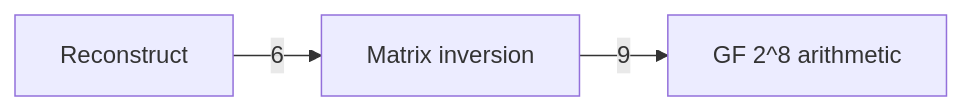
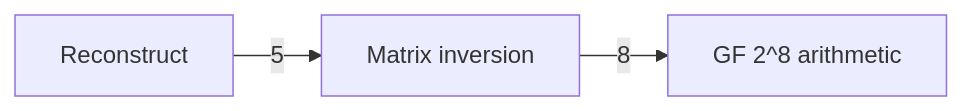
Before and after one commit to nickstrad/decentralized-object-store: the diagram in docs/c4/diagrams/05-component-erasure-c.mmd, drawn with Mermaid. The commit also changed 14 other files, not shown here.

```diff
--- a/docs/c4/diagrams/05-component-erasure-c.mmd
+++ b/docs/c4/diagrams/05-component-erasure-c.mmd
@@ -1,4 +1,4 @@
 %% draw-visual: -x 4 -y 1 -p 0
 graph LR
-  RECON[Reconstruct] -->|6| MATRIX[Matrix inversion]
-  MATRIX -->|9| GF[GF 2^8 arithmetic]
+  RECON[Reconstruct] -->|5| MATRIX[Matrix inversion]
+  MATRIX -->|8| GF[GF 2^8 arithmetic]
```
